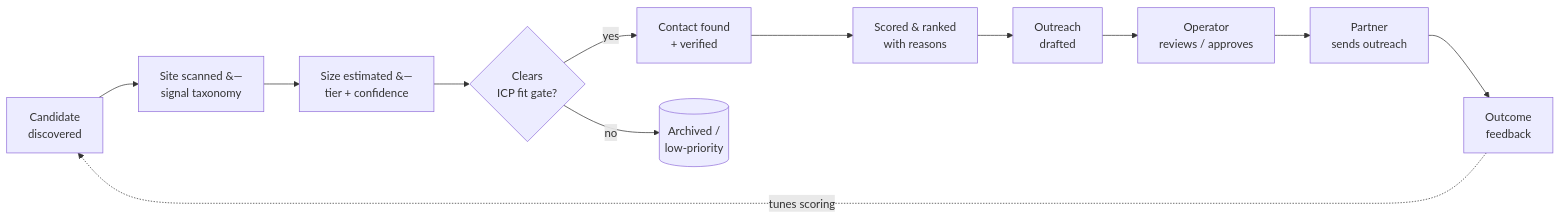
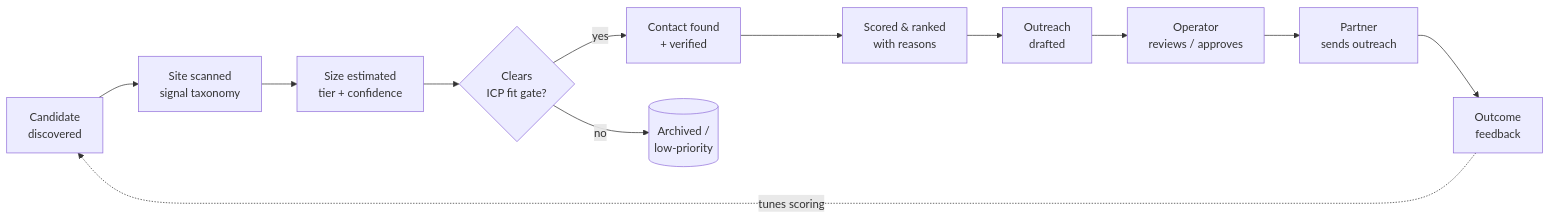
One commit to omars-lab/omars-lab.github.io changed diagram 12 of 13 in bytesofpurpose-blog/designs/2026-06-21-ecommerce-site-scanner-and-lead-generation-engine.mdx. Above: the diagram before and after it, drawn with Mermaid. The commit also changed other lines of this file and 9 other files, not shown here.

````diff
--- a/bytesofpurpose-blog/designs/2026-06-21-ecommerce-site-scanner-and-lead-generation-engine.mdx
+++ b/bytesofpurpose-blog/designs/2026-06-21-ecommerce-site-scanner-and-lead-generation-engine.mdx
@@ -837,20 +837,20 @@
 ```mermaid
 graph LR
     J1[Candidate<br/>discovered]:::engine
-    J2[Site scanned &#8212;<br/>signal taxonomy]:::engine
-    J3[Size estimated &#8212;<br/>tier + confidence]:::engine
+    J2[Site scanned<br/>signal taxonomy]:::engine
+    J3[Size estimated<br/>tier + confidence]:::engine
     J4{Clears<br/>ICP fit gate?}:::decision
     J5[Contact found<br/>+ verified]:::engine
     J6[Scored & ranked<br/>with reasons]:::engine
     J7[Outreach<br/>drafted]:::engine
     J8[Operator<br/>reviews / approves]:::people
     J9[Partner<br/>sends outreach]:::people
     J10[Outcome<br/>feedback]:::people
     JX[(Archived /<br/>low-priority)]:::store
 
     J1 --> J2 --> J3 --> J4
     J4 -->|yes| J5 --> J6 --> J7 --> J8 --> J9 --> J10
     J4 -->|no| JX
     J10 -.->|tunes scoring| J1
 
 ```
````
